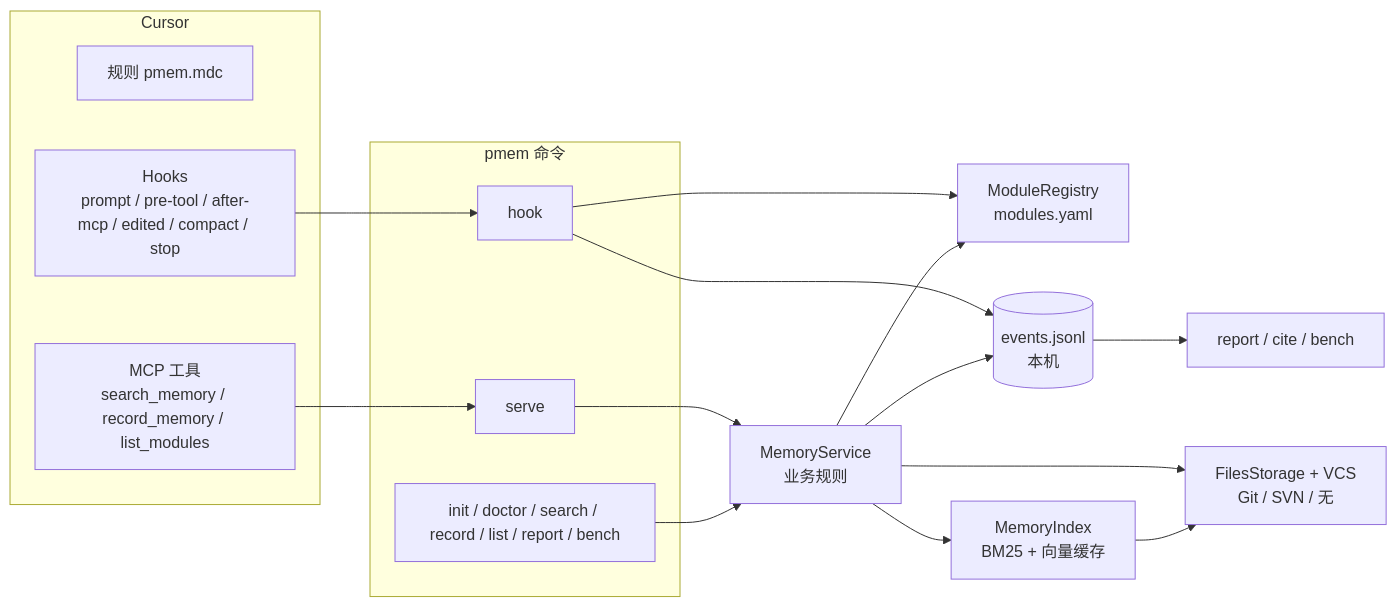
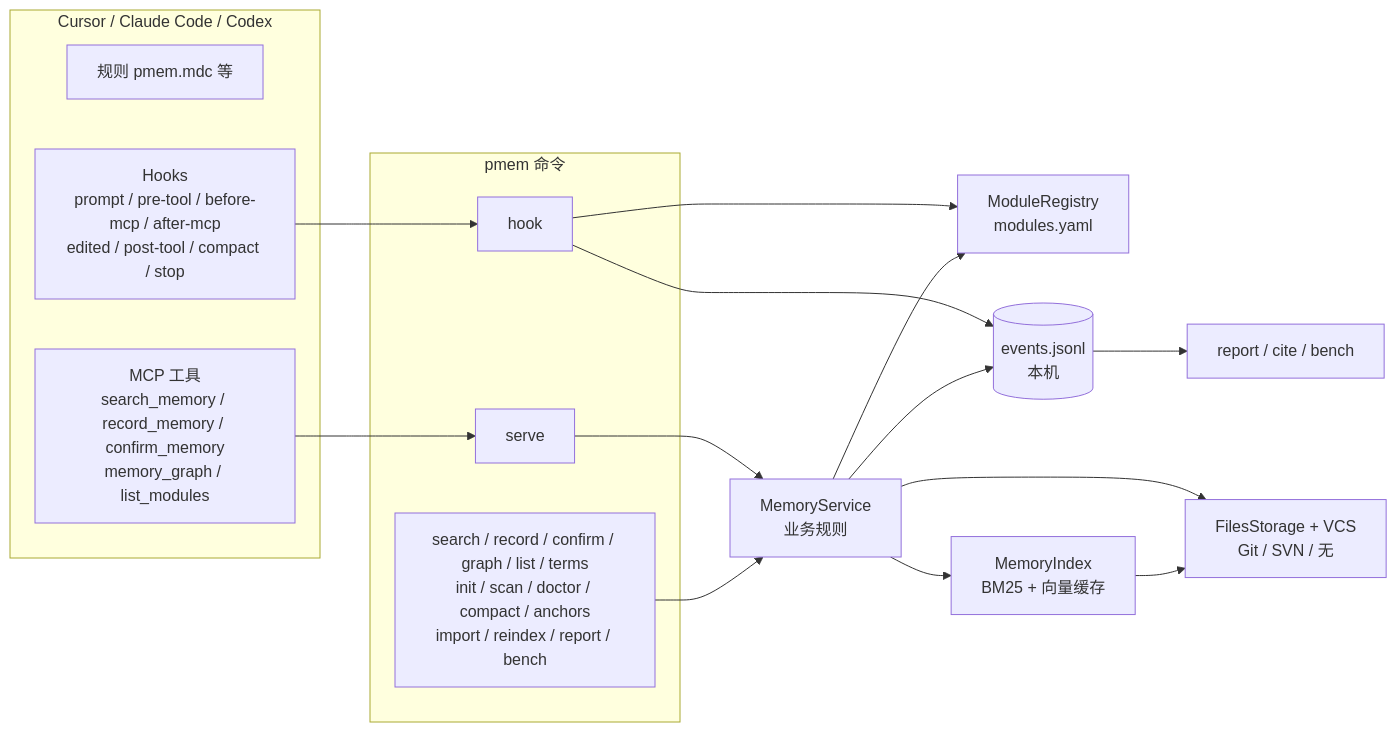
One commit to mry-ship/pmem changed the diagram in docs/architecture.md. Above: the diagram before and after it, drawn with Mermaid. The commit also changed other lines of this file and 1 other file, not shown here.

Commit message:
docs: 架构说明与手册对齐当前代码（5 个 MCP 工具、全部命令与 Hook、时间系数、结束提醒）

````diff
--- a/docs/architecture.md
+++ b/docs/architecture.md
@@ -15,30 +15,30 @@
 ```mermaid
 flowchart LR
-    subgraph Cursor
-        R[规则 pmem.mdc]
-        M[MCP 工具<br/>search_memory / record_memory / list_modules]
-        H[Hooks<br/>prompt / pre-tool / after-mcp / edited / compact / stop]
+    subgraph Agent[Cursor / Claude Code / Codex]
+        R[规则 pmem.mdc 等]
+        M[MCP 工具<br/>search_memory / record_memory / confirm_memory<br/>memory_graph / list_modules]
+        H[Hooks<br/>prompt / pre-tool / before-mcp / after-mcp<br/>edited / post-tool / compact / stop]
     end
     subgraph pmem 命令
         S[serve]
         HK[hook]
-        CLI[init / doctor / search / record / list / report / bench]
+        CLI[search / record / confirm / graph / list / terms<br/>init / scan / doctor / compact / anchors<br/>import / reindex / report / bench]
     end
     SV[MemoryService<br/>业务规则]
     REG[ModuleRegistry<br/>modules.yaml]
     ST[FilesStorage + VCS<br/>Git / SVN / 无]
     IX[MemoryIndex<br/>BM25 + 向量缓存]
     EV[(events.jsonl<br/>本机)]
     RP[report / cite / bench]
 
     M --> S --> SV
     CLI --> SV
     H --> HK --> REG
     HK --> EV
     SV --> REG
     SV --> ST
     SV --> IX
     SV --> EV
     IX --> ST
     EV --> RP
 ```
````
